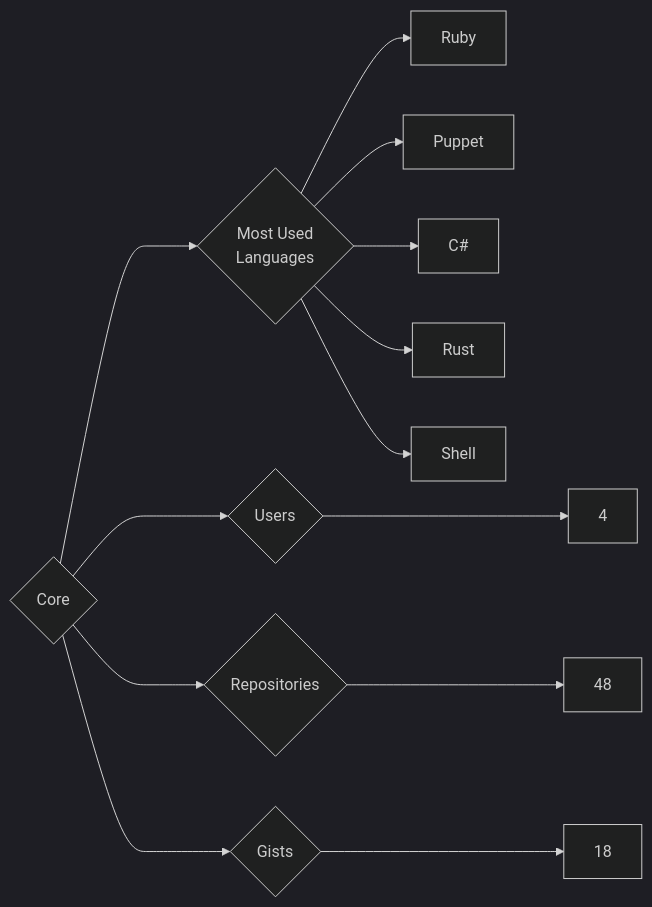
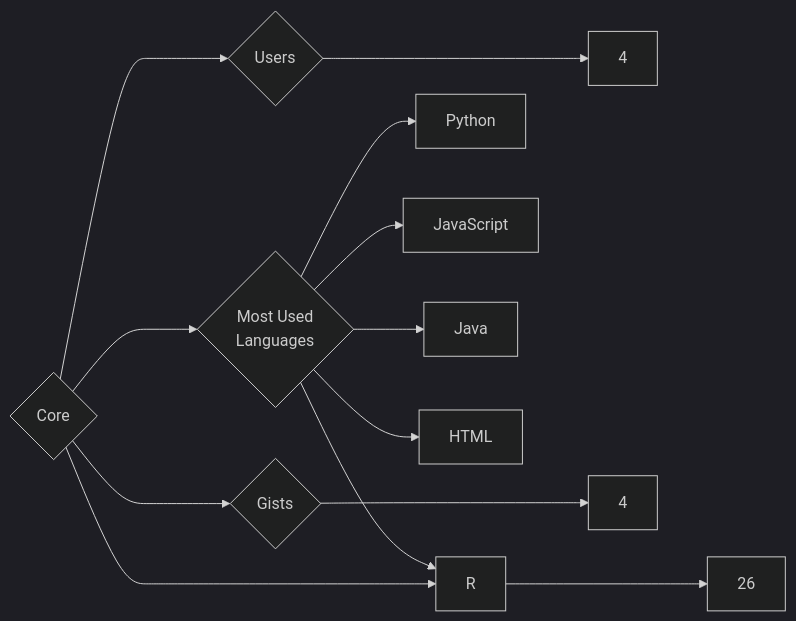
One commit to trickest/insiders changed the diagram in targets/Core/README.md. Above: the diagram before and after it, drawn with Mermaid (dark theme). The commit also changed 1149 other files, not shown here.

````diff
--- a/targets/Core/README.md
+++ b/targets/Core/README.md
@@ -3,13 +3,13 @@
 ```mermaid
 graph LR
 COMPANY_NAME{Core}
 COMPANY_NAME ---> U{Users} ---> UN[4]
-COMPANY_NAME ---> R{Repositories} ---> RN[48]
-COMPANY_NAME ---> G{Gists} ---> GN[18]
+COMPANY_NAME ---> R{Repositories} ---> RN[26]
+COMPANY_NAME ---> G{Gists} ---> GN[4]
 COMPANY_NAME ---> ML{Most Used<br>Languages}
-ML --> Ruby[Ruby]
-ML --> Puppet[Puppet]
-ML --> C#[C#]
-ML --> Rust[Rust]
-ML --> Shell[Shell]
+ML --> Python[Python]
+ML --> JavaScript[JavaScript]
+ML --> R[R]
+ML --> Java[Java]
+ML --> HTML[HTML]
 ```
````
